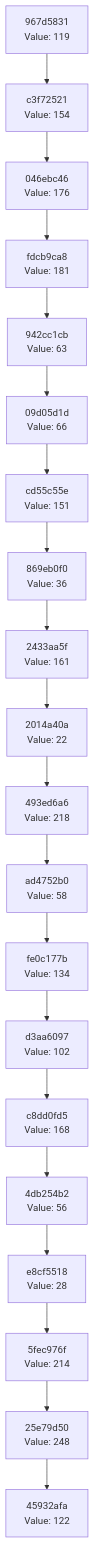
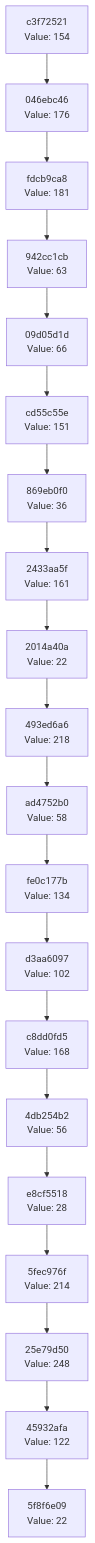
One commit to Abhisheksinha1506/hash-chain-evolver changed the diagram in docs/CHAIN_VISUALIZATION.md. Above: the diagram before and after it, drawn with Mermaid. The commit also changed 2 other files, not shown here.

Commit message:
Evolution step: hash 0x16 → action executed

````diff
--- a/docs/CHAIN_VISUALIZATION.md
+++ b/docs/CHAIN_VISUALIZATION.md
@@ -3,42 +3,42 @@
 ```mermaid
 graph TD
-    C0["45932afa<br/>Value: 122"]
-    C1["25e79d50<br/>Value: 248"]
+    C0["5f8f6e09<br/>Value: 22"]
+    C1["45932afa<br/>Value: 122"]
     C1 --> C0
-    C2["5fec976f<br/>Value: 214"]
+    C2["25e79d50<br/>Value: 248"]
     C2 --> C1
-    C3["e8cf5518<br/>Value: 28"]
+    C3["5fec976f<br/>Value: 214"]
     C3 --> C2
-    C4["4db254b2<br/>Value: 56"]
+    C4["e8cf5518<br/>Value: 28"]
     C4 --> C3
-    C5["c8dd0fd5<br/>Value: 168"]
+    C5["4db254b2<br/>Value: 56"]
     C5 --> C4
-    C6["d3aa6097<br/>Value: 102"]
+    C6["c8dd0fd5<br/>Value: 168"]
     C6 --> C5
-    C7["fe0c177b<br/>Value: 134"]
+    C7["d3aa6097<br/>Value: 102"]
     C7 --> C6
-    C8["ad4752b0<br/>Value: 58"]
+    C8["fe0c177b<br/>Value: 134"]
     C8 --> C7
-    C9["493ed6a6<br/>Value: 218"]
+    C9["ad4752b0<br/>Value: 58"]
     C9 --> C8
-    C10["2014a40a<br/>Value: 22"]
+    C10["493ed6a6<br/>Value: 218"]
     C10 --> C9
-    C11["2433aa5f<br/>Value: 161"]
+    C11["2014a40a<br/>Value: 22"]
     C11 --> C10
-    C12["869eb0f0<br/>Value: 36"]
+    C12["2433aa5f<br/>Value: 161"]
     C12 --> C11
-    C13["cd55c55e<br/>Value: 151"]
+    C13["869eb0f0<br/>Value: 36"]
     C13 --> C12
-    C14["09d05d1d<br/>Value: 66"]
+    C14["cd55c55e<br/>Value: 151"]
     C14 --> C13
-    C15["942cc1cb<br/>Value: 63"]
+    C15["09d05d1d<br/>Value: 66"]
     C15 --> C14
-    C16["fdcb9ca8<br/>Value: 181"]
+    C16["942cc1cb<br/>Value: 63"]
     C16 --> C15
-    C17["046ebc46<br/>Value: 176"]
+    C17["fdcb9ca8<br/>Value: 181"]
     C17 --> C16
-    C18["c3f72521<br/>Value: 154"]
+    C18["046ebc46<br/>Value: 176"]
     C18 --> C17
-    C19["967d5831<br/>Value: 119"]
+    C19["c3f72521<br/>Value: 154"]
     C19 --> C18
 ```
````
